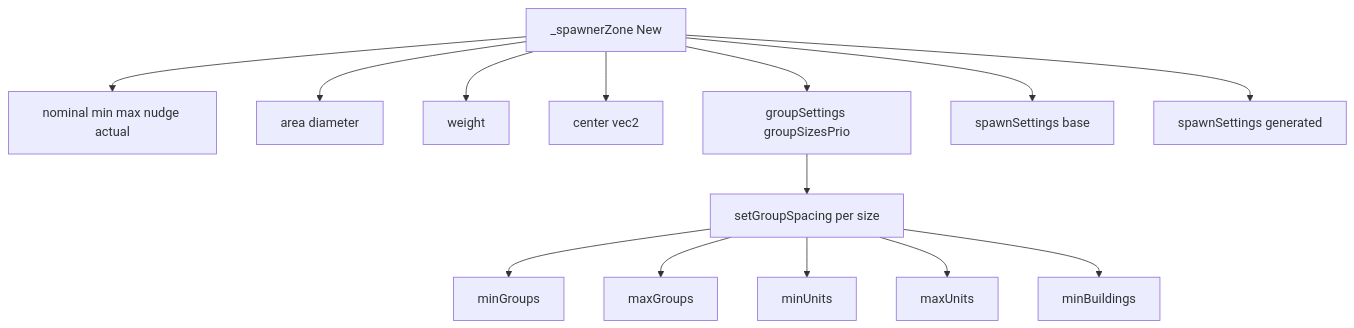
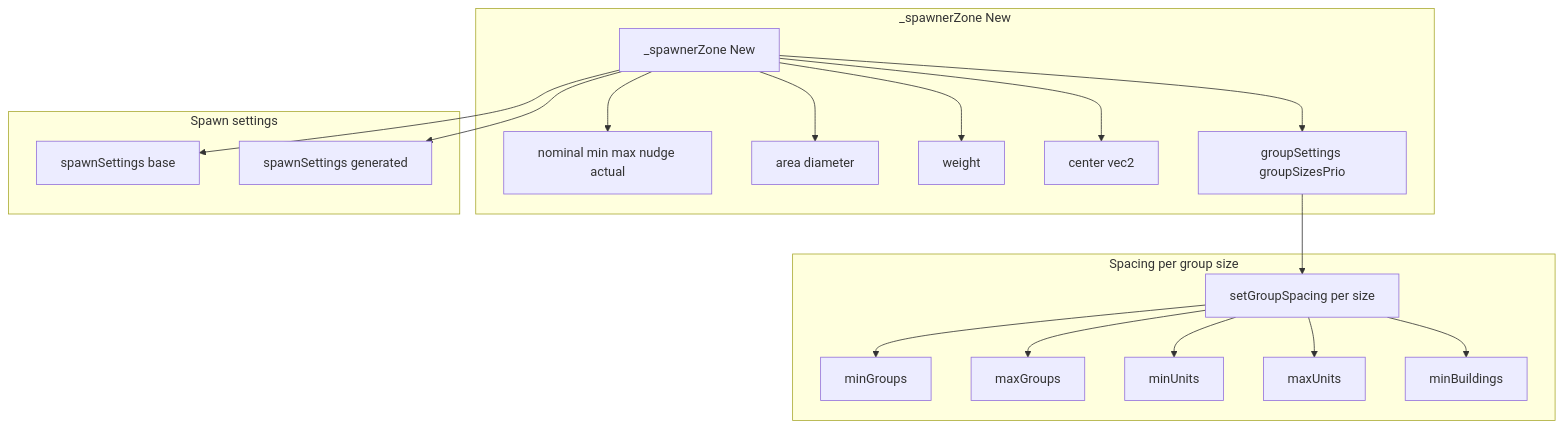
One commit to Gh0st352/AETHR changed the second of 3 diagrams in docs/types/spawner_types.md. Above: the diagram before and after it, drawn with Mermaid. The commit also changed other lines of this file and 8 other files, not shown here.

First line of the commit message:
docs(types, mermaid): normalize headings, restructure Mermaid diagrams, and standardize classes

````diff
--- a/docs/types/spawner_types.md
+++ b/docs/types/spawner_types.md
@@ -61,18 +62,41 @@
 ```mermaid
+%% shared theme: docs/_mermaid/theme.json %%
 flowchart TD
-  SZ[_spawnerZone New] --> RADS[nominal min max nudge actual]
-  SZ --> AREA[area diameter]
-  SZ --> WEIGHT[weight]
-  SZ --> CENTER[center vec2]
-  SZ --> GROUPS[groupSettings groupSizesPrio]
-  GROUPS --> SPACING[setGroupSpacing per size]
+  subgraph SZ_SCOPE ["_spawnerZone New"]
+    SZ[_spawnerZone New]
+    RADS[nominal min max nudge actual]
+    AREA[area diameter]
+    WEIGHT[weight]
+    CENTER[center vec2]
+    GROUPS[groupSettings groupSizesPrio]
+    SZ --> RADS
+    SZ --> AREA
+    SZ --> WEIGHT
+    SZ --> CENTER
+    SZ --> GROUPS
+  end
 
-  SPACING --> Gmin[minGroups]
-  SPACING --> Gmax[maxGroups]
-  SPACING --> Umin[minUnits]
-  SPACING --> Umax[maxUnits]
-  SPACING --> Bmin[minBuildings]
+  subgraph SPACING_SCOPE ["Spacing per group size"]
+    SPACING[setGroupSpacing per size]
+    Gmin[minGroups]
+    Gmax[maxGroups]
+    Umin[minUnits]
+    Umax[maxUnits]
+    Bmin[minBuildings]
+    SPACING --> Gmin
+    SPACING --> Gmax
+    SPACING --> Umin
+    SPACING --> Umax
+    SPACING --> Bmin
+  end
 
-  SZ --> BASE[spawnSettings base]
-  SZ --> GEN[spawnSettings generated]
+  subgraph SETTINGS_SCOPE ["Spawn settings"]
+    BASE[spawnSettings base]
+    GEN[spawnSettings generated]
+    GROUPS --> SPACING
+    SZ --> BASE
+    SZ --> GEN
+  end
+
+  class SZ,RADS,AREA,WEIGHT,CENTER,GROUPS,SPACING,Gmin,Gmax,Umin,Umax,Bmin,BASE,GEN,SZ_SCOPE,SPACING_SCOPE,SETTINGS_SCOPE class_data;
 ```
````
